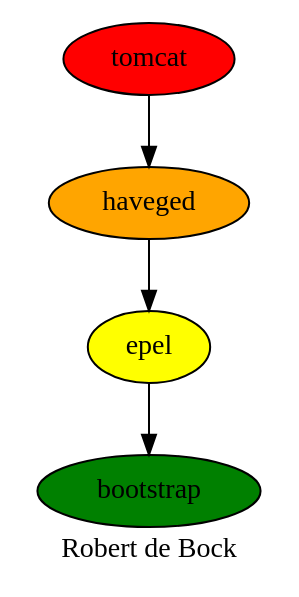
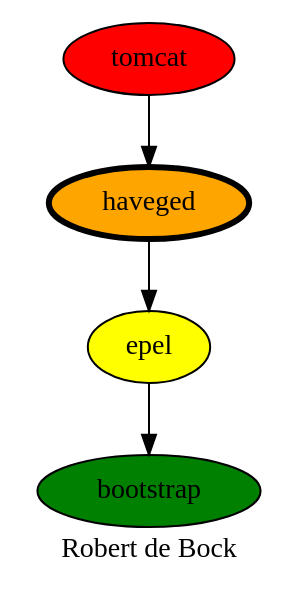
Before and after one commit to robertdebock/robertdebock.github.io: the diagram in haveged.dot, drawn with Graphviz.

Commit message:
Fixing haveged

```diff
--- a/haveged.dot
+++ b/haveged.dot
@@ -1,14 +1,14 @@
 
 digraph PhiloDilemma {
   label = "Robert de Bock" ;
   overlap=false
   {
     bootstrap [fillcolor=green style=filled]
     epel [fillcolor=yellow style=filled]
-    haveged [fillcolor=orange style=filled]
+    haveged [fillcolor=orange style=filled penwidth=3]
     tomcat [fillcolor=red style=filled]
   }
   epel -> bootstrap
   haveged -> epel
   tomcat -> haveged
 }
```
